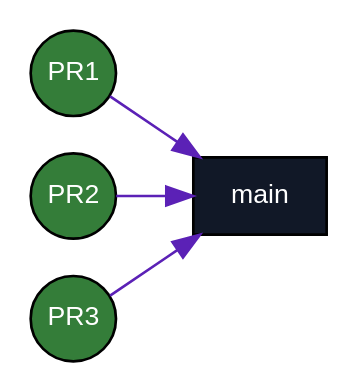
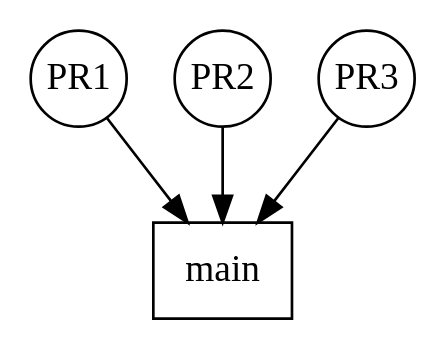
One commit to Mergifyio/docs changed the first of 3 diagrams in src/content/docs/merge-queue/stacks.mdx. Above: the diagram before and after it, drawn with Graphviz. The commit also changed other lines of this file and 20 other files, not shown here.

````diff
--- a/src/content/docs/merge-queue/stacks.mdx
+++ b/src/content/docs/merge-queue/stacks.mdx
@@ -134,21 +134,14 @@
-```dot class="graph" style="max-width: 320px; height: auto; display: block; margin: 1.5em auto"
-strict digraph {
-    fontname="sans-serif";
-    fontsize=10;
-    rankdir="LR";
-    nodesep=0.2;
-    ranksep=0.4;
+```dot class="queue" style="max-width: 320px"
+digraph {
+  node [shape=circle, width=0.5, height=0.5, fixedsize=true];
 
-    node [style=filled, fontname="sans-serif", fontcolor="white", fontsize=10, shape=circle, width=0.45, height=0.45, fixedsize=true];
-    edge [fontname="sans-serif", fontsize=9, color="#5B21B6", fontcolor="#5B21B6"];
+  PR1 [class="queued"];
+  PR2 [class="queued"];
+  PR3 [class="queued"];
+  main [label="main", shape=box, fixedsize=false, class="external"];
 
-    PR1 [fillcolor="#347D39"];
-    PR2 [fillcolor="#347D39"];
-    PR3 [fillcolor="#347D39"];
-    main [label="main", shape=rectangle, fillcolor="#111827", width=0.7, height=0.4, fixedsize=false];
-
-    PR1 -> main;
-    PR2 -> main;
-    PR3 -> main;
+  PR1 -> main;
+  PR2 -> main;
+  PR3 -> main;
 }
 ```
````
